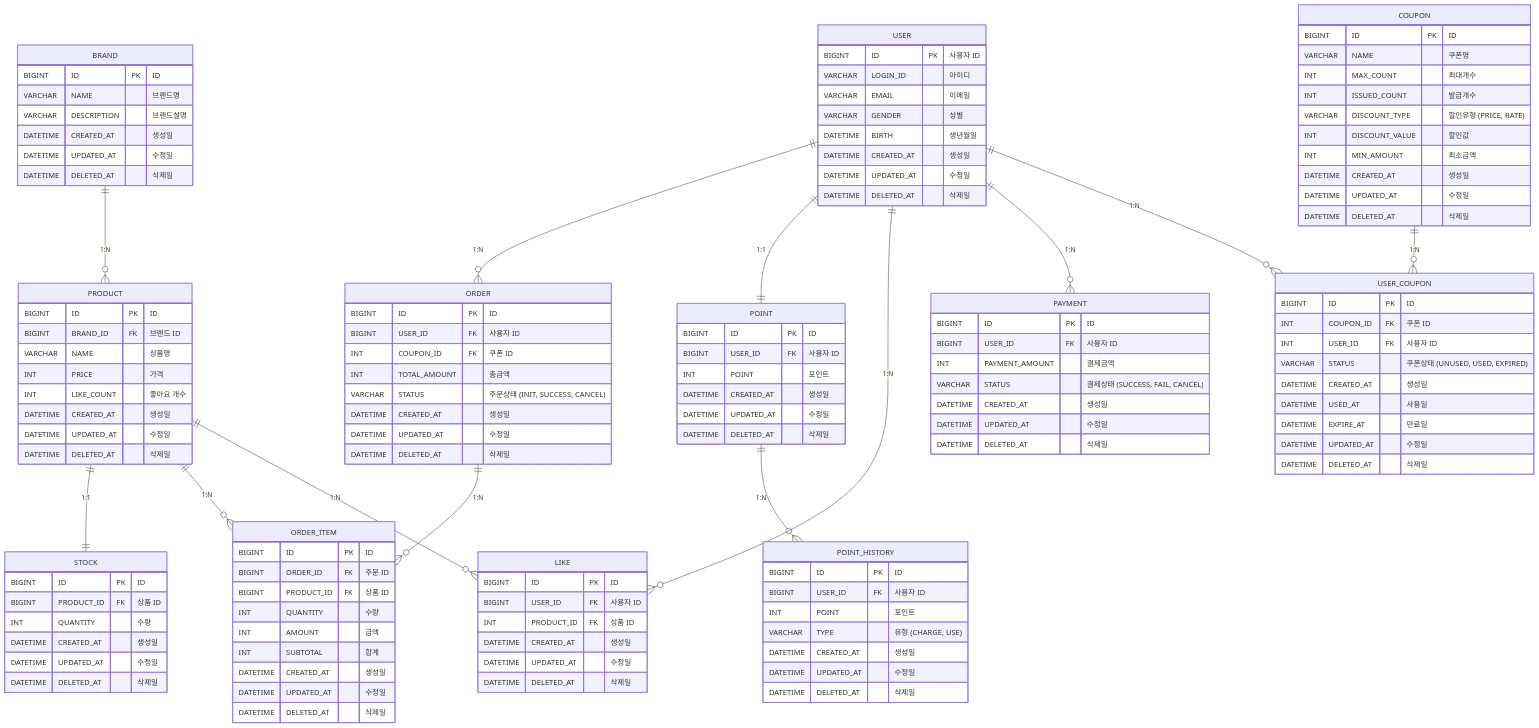
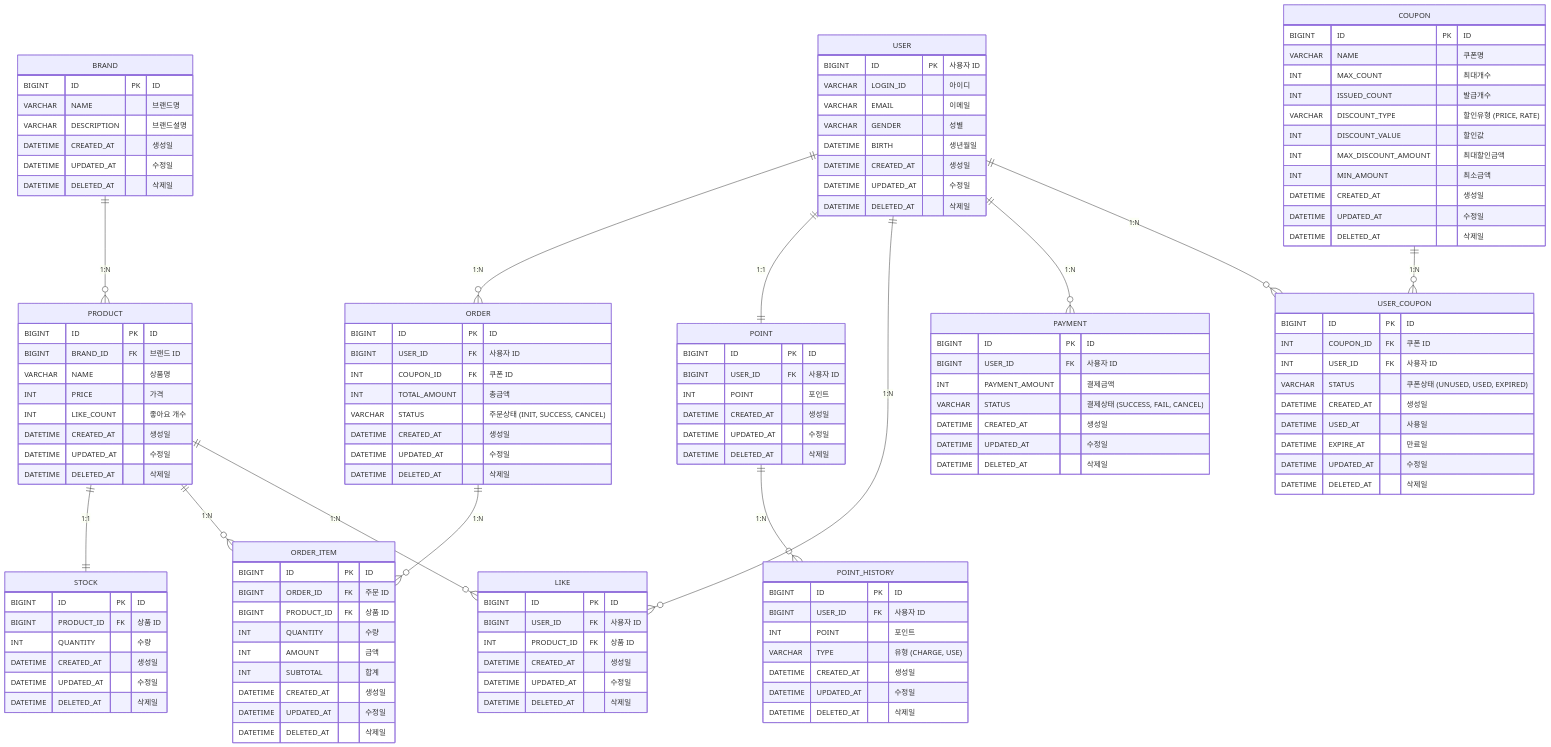
Before and after one commit to hyunn12/e-commerce-project: the diagram in docs/design/04-erd.md, drawn with Mermaid. The commit also changed 3 other files, not shown here.

```diff
--- a/docs/design/04-erd.md
+++ b/docs/design/04-erd.md
@@ -125,6 +125,7 @@
         INT ISSUED_COUNT "발급개수"
         VARCHAR DISCOUNT_TYPE "할인유형 (PRICE, RATE)"
         INT DISCOUNT_VALUE "할인값"
+        INT MAX_DISCOUNT_AMOUNT "최대할인금액"
         INT MIN_AMOUNT "최소금액"
         DATETIME CREATED_AT "생성일"
         DATETIME UPDATED_AT "수정일"
```
